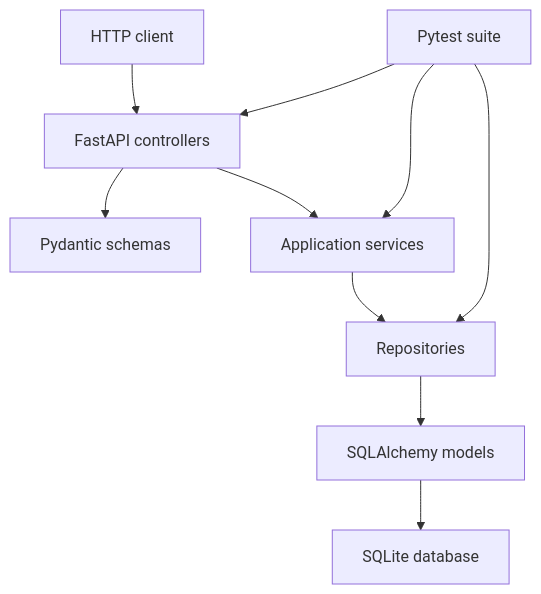
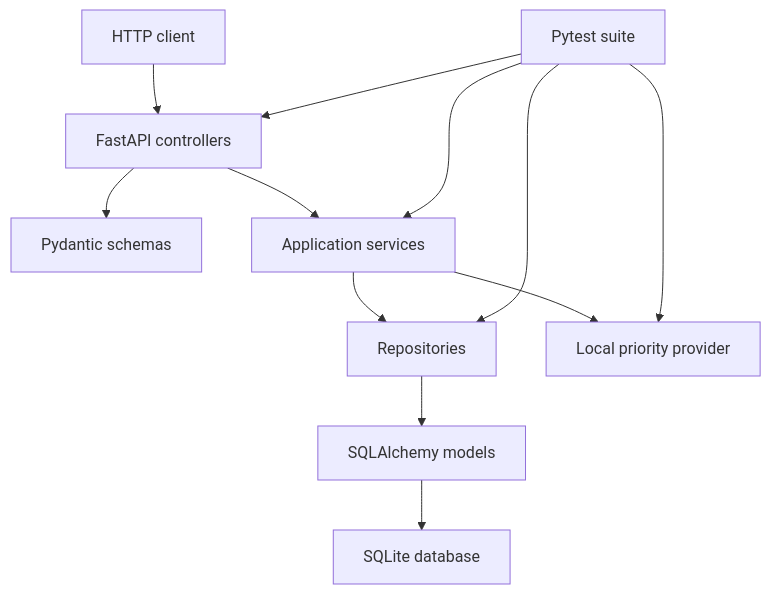
Before and after one commit to andredemari/micro-api-work-items: the first of 3 diagrams in docs/architecture.md, drawn with Mermaid. The commit also changed other lines of this file and 5 other files, not shown here.

Commit message:
test: add local priority provider coverage

````diff
--- a/docs/architecture.md
+++ b/docs/architecture.md
@@ -14,12 +15,14 @@
 ```mermaid
 flowchart TD
     Client["HTTP client"] --> Controllers["FastAPI controllers"]
     Controllers --> Schemas["Pydantic schemas"]
     Controllers --> Services["Application services"]
     Services --> Repositories["Repositories"]
     Repositories --> Models["SQLAlchemy models"]
     Models --> SQLite["SQLite database"]
+    Services --> Provider["Local priority provider"]
     Tests["Pytest suite"] --> Controllers
     Tests --> Services
     Tests --> Repositories
+    Tests --> Provider
 ```
````
